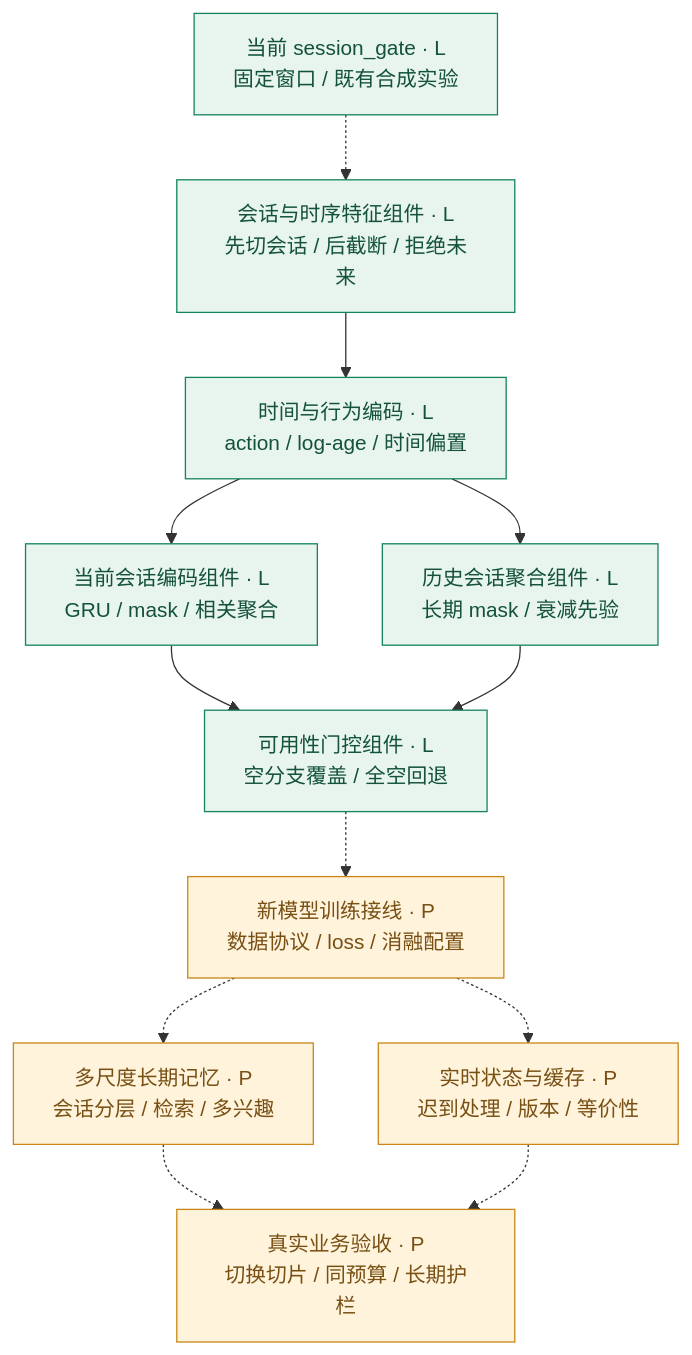
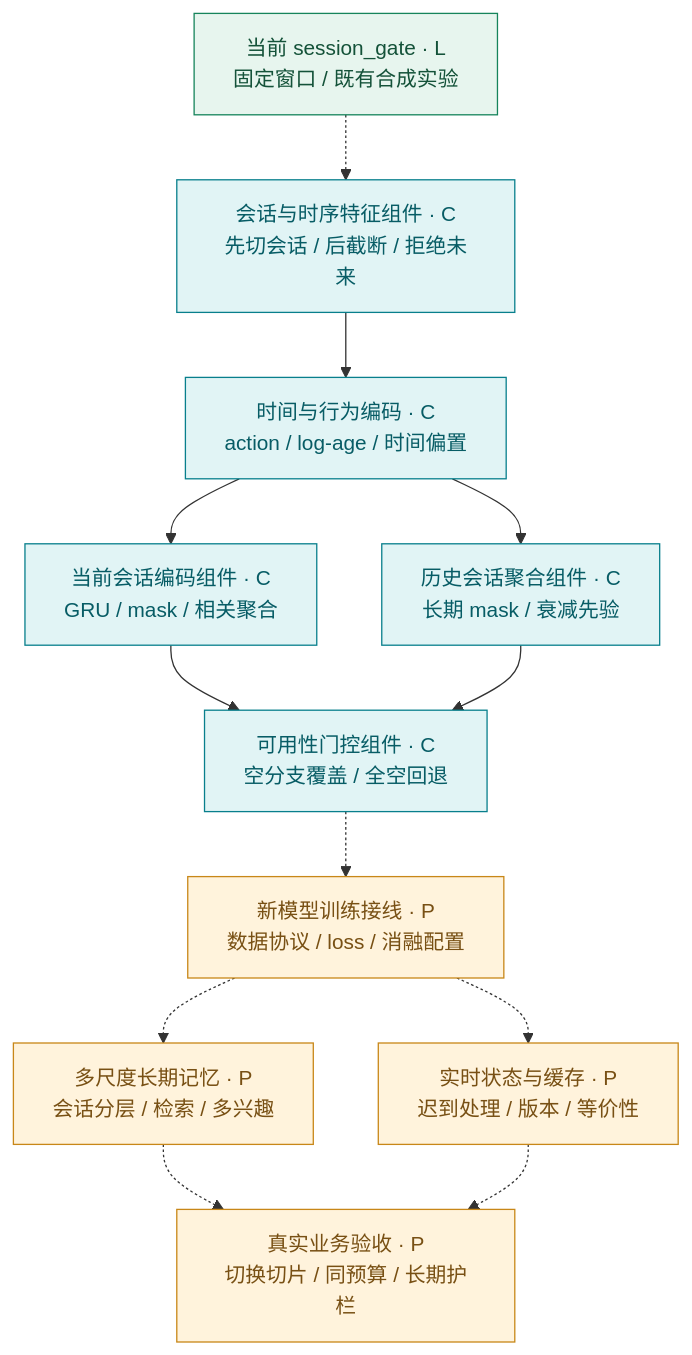
Before and after one commit to shiztong/-: the diagram in docs/recall/diagrams/05-sdm-sequence.mmd, drawn with Mermaid. The commit also changed 39 other files, not shown here.

Commit message:
Consolidate recall delivery roadmap and audit production gaps

```diff
--- a/docs/recall/diagrams/05-sdm-sequence.mmd
+++ b/docs/recall/diagrams/05-sdm-sequence.mmd
@@ -1,26 +1,28 @@
 graph TD
   BASE["当前 session_gate · L<br/>固定窗口 / 既有合成实验"]
-  EVENTS["会话与时序特征组件 · L<br/>先切会话 / 后截断 / 拒绝未来"]
-  TOKEN["时间与行为编码 · L<br/>action / log-age / 时间偏置"]
-  SHORT["当前会话编码组件 · L<br/>GRU / mask / 相关聚合"]
-  LONG["历史会话聚合组件 · L<br/>长期 mask / 衰减先验"]
-  GATE["可用性门控组件 · L<br/>空分支覆盖 / 全空回退"]
+  EVENTS["会话与时序特征组件 · C<br/>先切会话 / 后截断 / 拒绝未来"]
+  TOKEN["时间与行为编码 · C<br/>action / log-age / 时间偏置"]
+  SHORT["当前会话编码组件 · C<br/>GRU / mask / 相关聚合"]
+  LONG["历史会话聚合组件 · C<br/>长期 mask / 衰减先验"]
+  GATE["可用性门控组件 · C<br/>空分支覆盖 / 全空回退"]
   TRAIN["新模型训练接线 · P<br/>数据协议 / loss / 消融配置"]
   MEMORY["多尺度长期记忆 · P<br/>会话分层 / 检索 / 多兴趣"]
   CACHE["实时状态与缓存 · P<br/>迟到处理 / 版本 / 等价性"]
   EVAL["真实业务验收 · P<br/>切换切片 / 同预算 / 长期护栏"]
   BASE -.-> EVENTS
   EVENTS --> TOKEN
   TOKEN --> SHORT
   TOKEN --> LONG
   SHORT --> GATE
   LONG --> GATE
   GATE -.-> TRAIN
   TRAIN -.-> MEMORY
   TRAIN -.-> CACHE
   MEMORY -.-> EVAL
   CACHE -.-> EVAL
   classDef local fill:#e7f5ee,stroke:#16845b,color:#145239
   classDef planned fill:#fff3dc,stroke:#c88718,color:#785014
-  class BASE,EVENTS,TOKEN,SHORT,LONG,GATE local
+  class BASE local
   class TRAIN,MEMORY,CACHE,EVAL planned
+  classDef component fill:#e1f4f5,stroke:#087f8c,color:#075c65
+  class EVENTS,TOKEN,SHORT,LONG,GATE component
```
